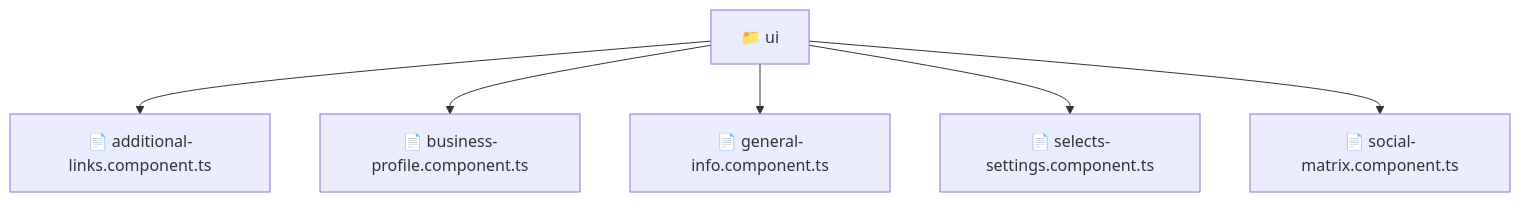
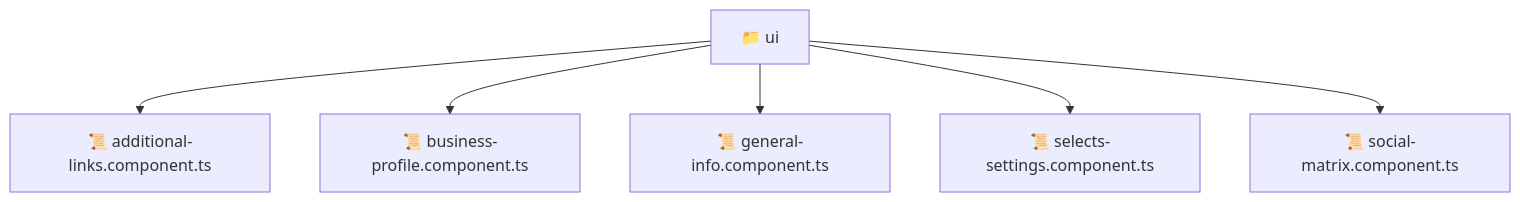
Before and after one commit to beginwebdev2002/fullstack-mavluda: the diagram in frontend/src/pages/settings/ui/README.md, drawn with Mermaid. The commit also changed other lines of this file and 163 other files, not shown here.

````diff
--- a/frontend/src/pages/settings/ui/README.md
+++ b/frontend/src/pages/settings/ui/README.md
@@ -11,9 +11,9 @@
 ```mermaid
 graph TD
-  Root["📁 ui"]
-  Root --> additional_links_component_ts["📄 additional-links.component.ts"]
-  Root --> business_profile_component_ts["📄 business-profile.component.ts"]
-  Root --> general_info_component_ts["📄 general-info.component.ts"]
-  Root --> selects_settings_component_ts["📄 selects-settings.component.ts"]
-  Root --> social_matrix_component_ts["📄 social-matrix.component.ts"]
+  ui["📁 ui"]
+  ui --> additional_links_component_ts["📜 additional-links.component.ts"]
+  ui --> business_profile_component_ts["📜 business-profile.component.ts"]
+  ui --> general_info_component_ts["📜 general-info.component.ts"]
+  ui --> selects_settings_component_ts["📜 selects-settings.component.ts"]
+  ui --> social_matrix_component_ts["📜 social-matrix.component.ts"]
 ```
````
